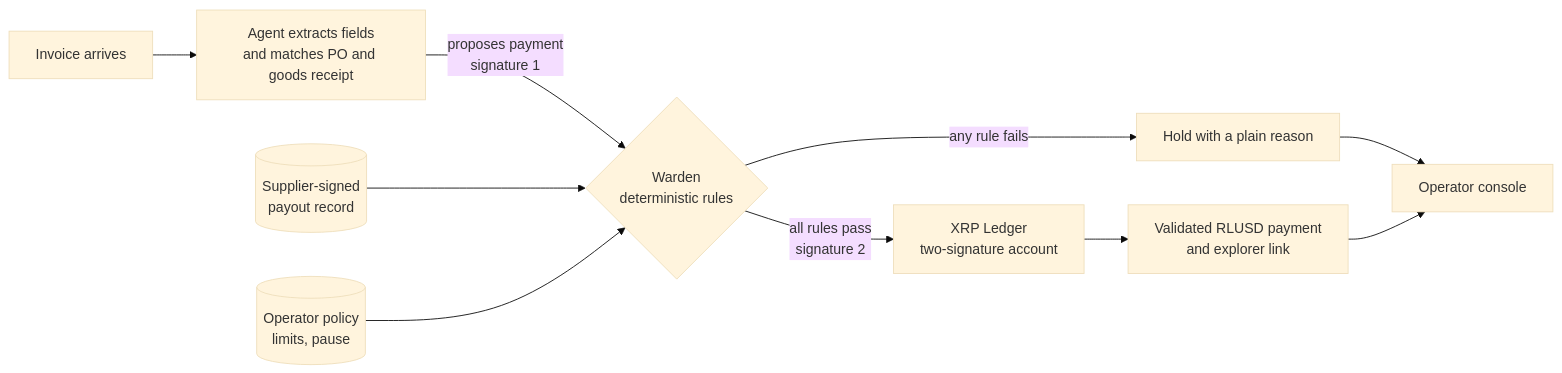
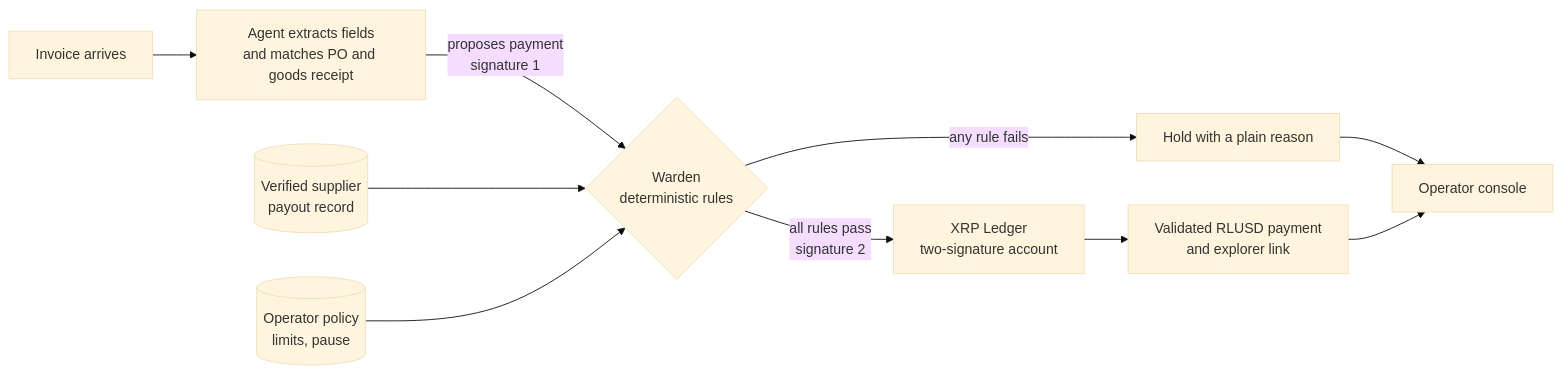
One commit to LethaboMH14/SignOff changed the diagram in README.md. Above: the diagram before and after it, drawn with Mermaid (base theme). The commit also changed other lines of this file and 11 other files, not shown here.

````diff
--- a/README.md
+++ b/README.md
@@ -34,12 +34,12 @@
 ```mermaid
 flowchart LR
     I[Invoice arrives] --> A[Agent extracts fields<br/>and matches PO and goods receipt]
     A -->|proposes payment<br/>signature 1| W{Warden<br/>deterministic rules}
-    R[(Supplier-signed<br/>payout record)] --> W
+    R[(Verified supplier<br/>payout record)] --> W
     P[(Operator policy<br/>limits, pause)] --> W
     W -->|all rules pass<br/>signature 2| L[XRP Ledger<br/>two-signature account]
     W -->|any rule fails| H[Hold with a plain reason]
     L --> S[Validated RLUSD payment<br/>and explorer link]
     H --> O[Operator console]
     S --> O
 ```
````
